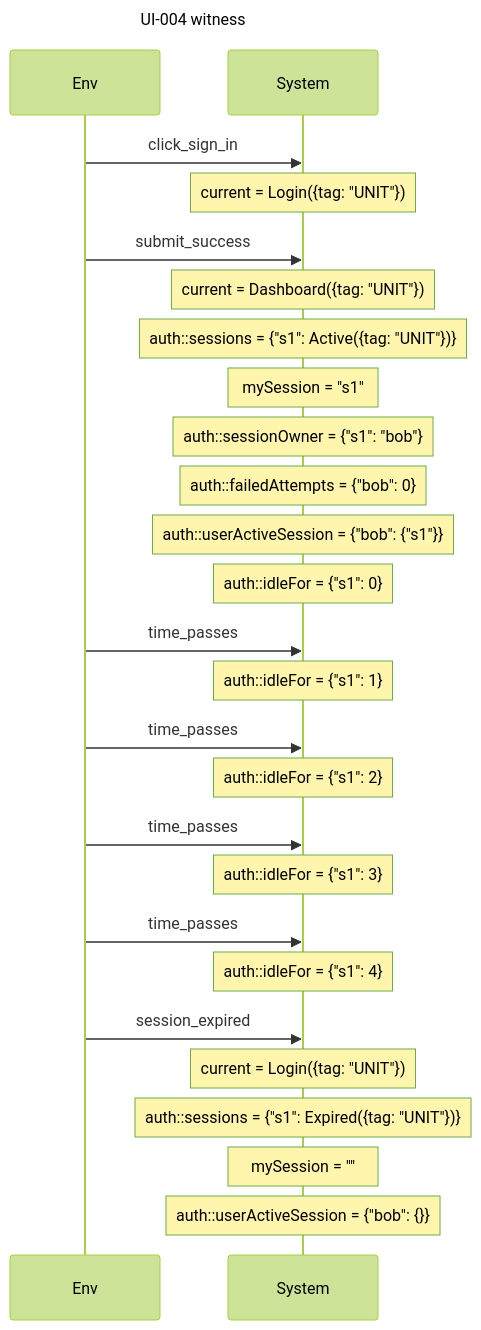
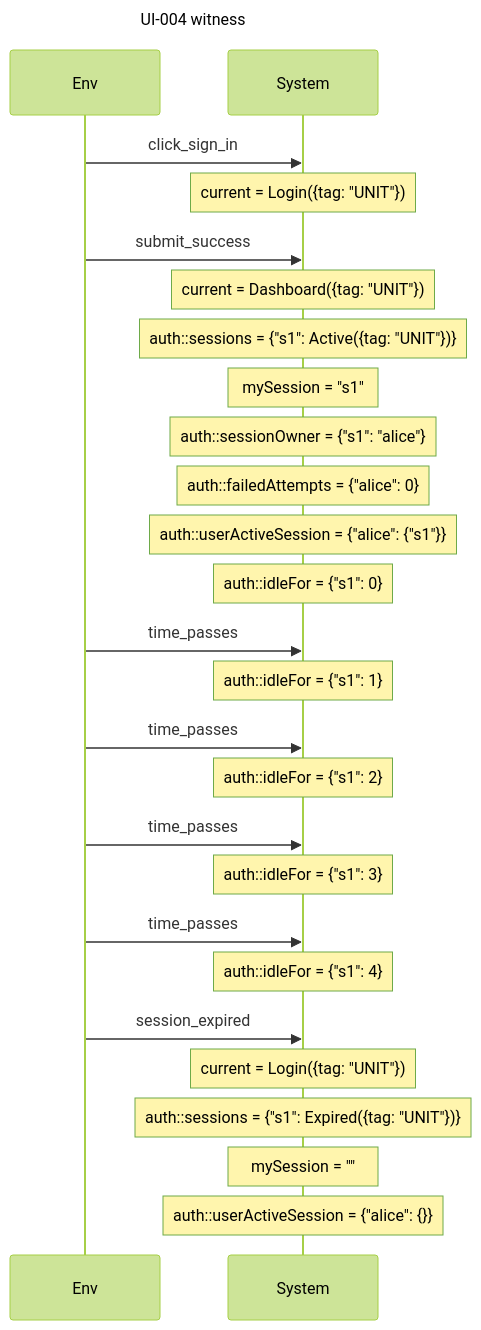
One commit to AlesKracik/quintessence changed the fifth of 8 diagrams in examples/specs/auth-ui.readback.md. Above: the diagram before and after it, drawn with Mermaid (forest theme). The commit also changed other lines of this file and 60 other files, not shown here.

````diff
--- a/examples/specs/auth-ui.readback.md
+++ b/examples/specs/auth-ui.readback.md
@@ -467,29 +472,29 @@
 ```mermaid
 sequenceDiagram
     title UI-004 witness
     participant E as Env
     participant S as System
     E->>S: click_sign_in
     Note over S: current = Login({tag: "UNIT"})
     E->>S: submit_success
     Note over S: current = Dashboard({tag: "UNIT"})
     Note over S: auth::sessions = {"s1": Active({tag: "UNIT"})}
     Note over S: mySession = "s1"
-    Note over S: auth::sessionOwner = {"s1": "bob"}
-    Note over S: auth::failedAttempts = {"bob": 0}
-    Note over S: auth::userActiveSession = {"bob": {"s1"}}
+    Note over S: auth::sessionOwner = {"s1": "alice"}
+    Note over S: auth::failedAttempts = {"alice": 0}
+    Note over S: auth::userActiveSession = {"alice": {"s1"}}
     Note over S: auth::idleFor = {"s1": 0}
     E->>S: time_passes
     Note over S: auth::idleFor = {"s1": 1}
     E->>S: time_passes
     Note over S: auth::idleFor = {"s1": 2}
     E->>S: time_passes
     Note over S: auth::idleFor = {"s1": 3}
     E->>S: time_passes
     Note over S: auth::idleFor = {"s1": 4}
     E->>S: session_expired
     Note over S: current = Login({tag: "UNIT"})
     Note over S: auth::sessions = {"s1": Expired({tag: "UNIT"})}
     Note over S: mySession = ""
-    Note over S: auth::userActiveSession = {"bob": {}}
+    Note over S: auth::userActiveSession = {"alice": {}}
 ```
````
